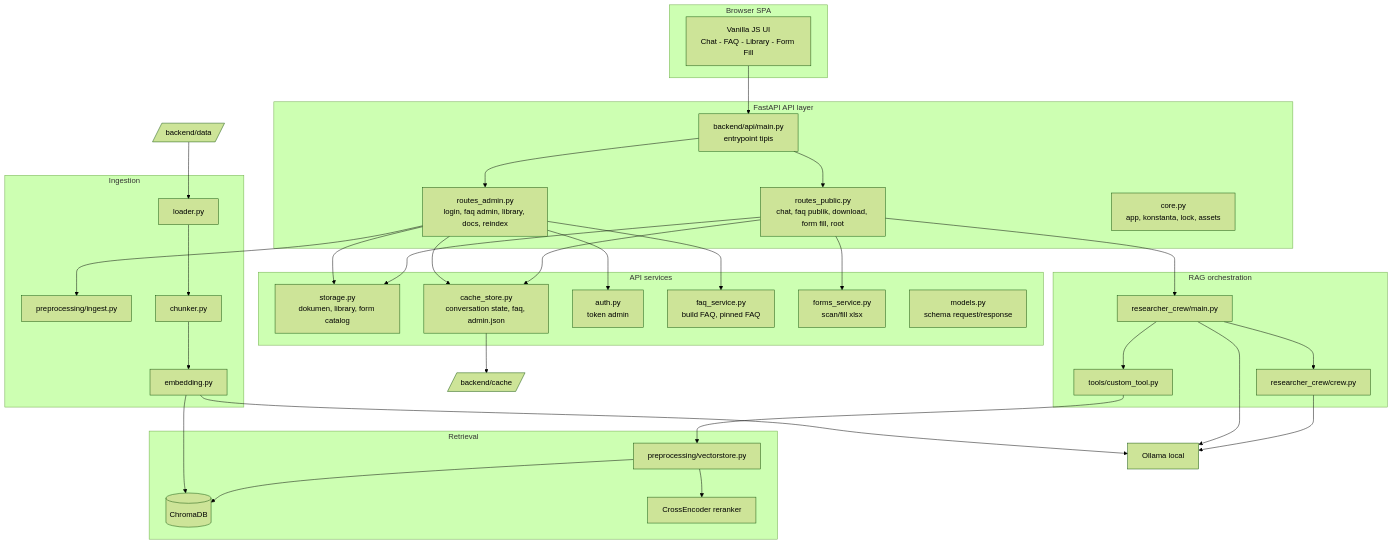
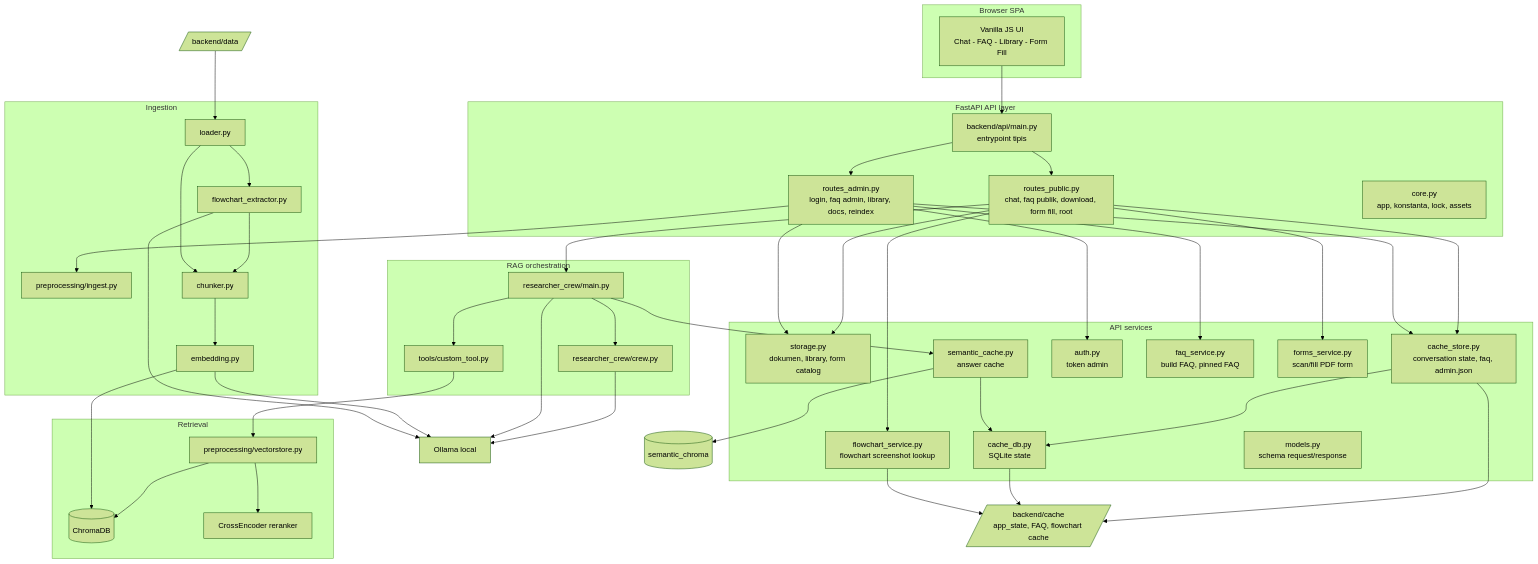
Before and after one commit to Akram17t/Internship: the diagram in Capstone/docs/ARCHITECTURE.md, drawn with Mermaid (forest theme). The commit also changed other lines of this file and 14 other files, not shown here.

````diff
--- a/Capstone/docs/ARCHITECTURE.md
+++ b/Capstone/docs/ARCHITECTURE.md
@@ -22,9 +22,12 @@
     subgraph Services["API services"]
         STORAGE["storage.py<br/>dokumen, library, form catalog"]
         CACHE["cache_store.py<br/>conversation state, faq, admin.json"]
+        STATE["cache_db.py<br/>SQLite state"]
+        SEMCACHE["semantic_cache.py<br/>answer cache"]
         AUTH["auth.py<br/>token admin"]
         FAQSVC["faq_service.py<br/>build FAQ, pinned FAQ"]
-        FORMSVC["forms_service.py<br/>scan/fill xlsx"]
+        FORMSVC["forms_service.py<br/>scan/fill PDF form"]
+        FLOWSVC["flowchart_service.py<br/>flowchart screenshot lookup"]
         MODELS["models.py<br/>schema request/response"]
     end
 
@@ -44,18 +47,21 @@
         INGEST["preprocessing/ingest.py"]
         LOAD["loader.py"]
         CHUNK["chunker.py"]
+        FLOWEXT["flowchart_extractor.py"]
         EMB["embedding.py"]
     end
 
     OLLAMA["Ollama local"]
     DATA[/"backend/data"/]
-    CACHEFILES[/"backend/cache"/]
+    CACHEFILES[/"backend/cache<br/>app_state, FAQ, flowchart cache"/]
+    SEMCHROMA[("semantic_chroma")]
 
     UI --> MAIN
     MAIN --> PUBLIC
     MAIN --> ADMIN
     PUBLIC --> STORAGE
     PUBLIC --> CACHE
+    PUBLIC --> FLOWSVC
     PUBLIC --> FORMSVC
     PUBLIC --> RCMAIN
     ADMIN --> STORAGE
@@ -64,15 +70,23 @@
     ADMIN --> FAQSVC
     ADMIN --> INGEST
 
+    CACHE --> STATE
+    SEMCACHE --> STATE
+    SEMCACHE --> SEMCHROMA
     RCMAIN --> TOOL
     RCMAIN --> CREW
+    RCMAIN --> SEMCACHE
     TOOL --> VS
     CREW --> OLLAMA
     RCMAIN --> OLLAMA
     VS --> CHROMA
     VS --> RERANK
 
-    DATA --> LOAD --> CHUNK --> EMB --> CHROMA
+    DATA --> LOAD --> FLOWEXT --> CHUNK --> EMB --> CHROMA
+    LOAD --> CHUNK
     EMB --> OLLAMA
+    FLOWEXT --> OLLAMA
     CACHE --> CACHEFILES
+    STATE --> CACHEFILES
+    FLOWSVC --> CACHEFILES
 ```
````
